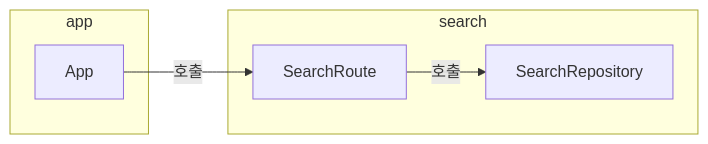
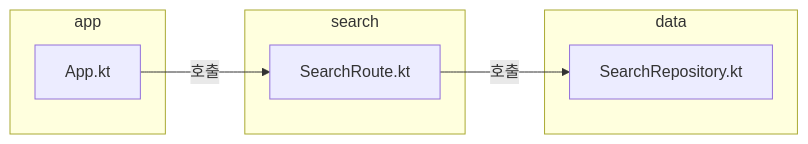
The first of 5 diagrams in .agents/skills/generating-architecture-views/references/examples.md (Kanmanemone/zenuml-skill), drawn with Mermaid before and after one commit. The commit also changed other lines of this file and 4 other files, not shown here.

````diff
--- a/.agents/skills/generating-architecture-views/references/examples.md
+++ b/.agents/skills/generating-architecture-views/references/examples.md
@@ -23,17 +25,19 @@
 ```mermaid
 flowchart LR
   subgraph App["app"]
-    AppKt@{ label: "App" }
+    AppKt@{ label: "App.kt" }
   end
   subgraph Search["search"]
-    SearchRouteKt@{ label: "SearchRoute" }
-    SearchRepositoryKt@{ label: "SearchRepository" }
+    SearchRouteKt@{ label: "SearchRoute.kt" }
+  end
+  subgraph Data["data"]
+    SearchRepositoryKt@{ label: "SearchRepository.kt" }
   end
 
   AppKt -->|호출| SearchRouteKt
   SearchRouteKt -->|호출| SearchRepositoryKt
 
   click AppKt "../app/App.kt" "App.kt"
   click SearchRouteKt "../feature/search/SearchRoute.kt" "SearchRoute.kt"
   click SearchRepositoryKt "../data/SearchRepository.kt" "SearchRepository.kt"
 ```
````
